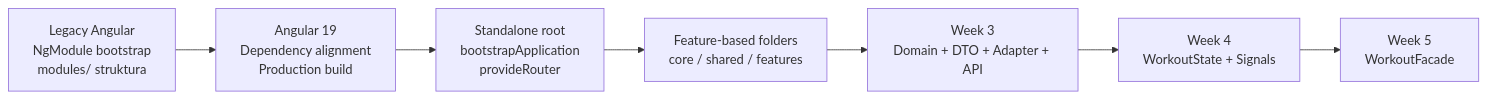
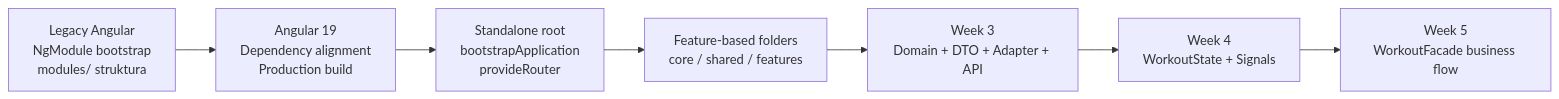
Before and after one commit to Stefansimons/my-fitnes-planner: the third of 3 diagrams in MODERNIZATION_PROGRESS.md, drawn with Mermaid. The commit also changed other lines of this file and 2 other files, not shown here.

Commit message:
feat: add workout facade business flow

````diff
--- a/MODERNIZATION_PROGRESS.md
+++ b/MODERNIZATION_PROGRESS.md
@@ -93,12 +105,12 @@
 ```mermaid
 flowchart LR
     legacy[Legacy Angular\nNgModule bootstrap\nmodules/ struktura]
     foundation[Angular 19\nDependency alignment\nProduction build]
     standalone[Standalone root\nbootstrapApplication\nprovideRouter]
     folders[Feature-based folders\ncore / shared / features]
     week3[Week 3\nDomain + DTO + Adapter + API]
     state[Week 4\nWorkoutState + Signals]
-    facade[Week 5\nWorkoutFacade]
+    facade[Week 5\nWorkoutFacade business flow]
 
     legacy --> foundation --> standalone --> folders --> week3 --> state --> facade
 ```
````
